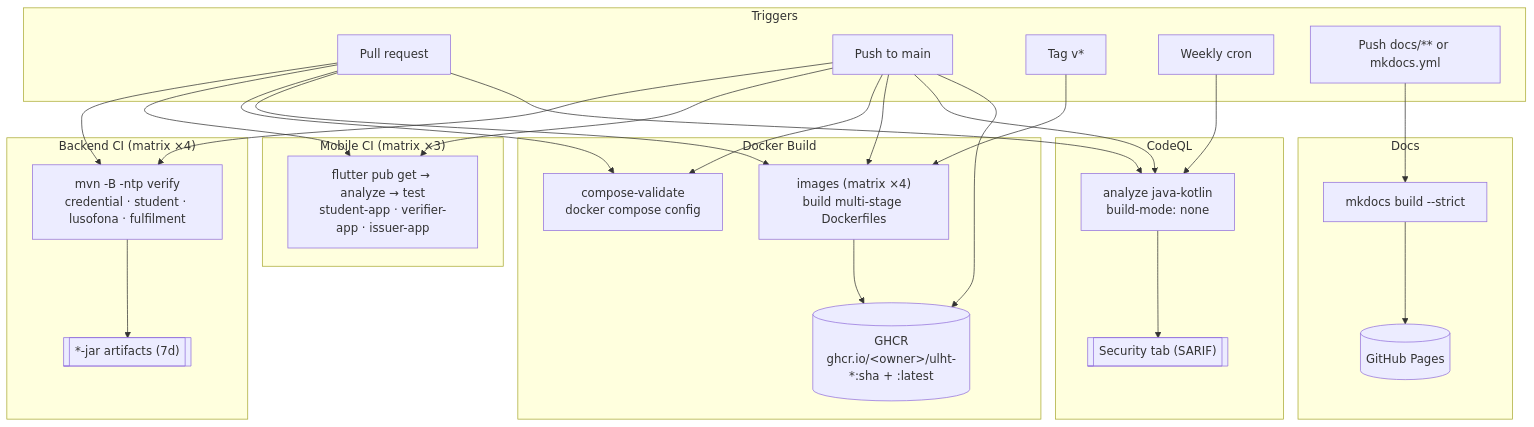
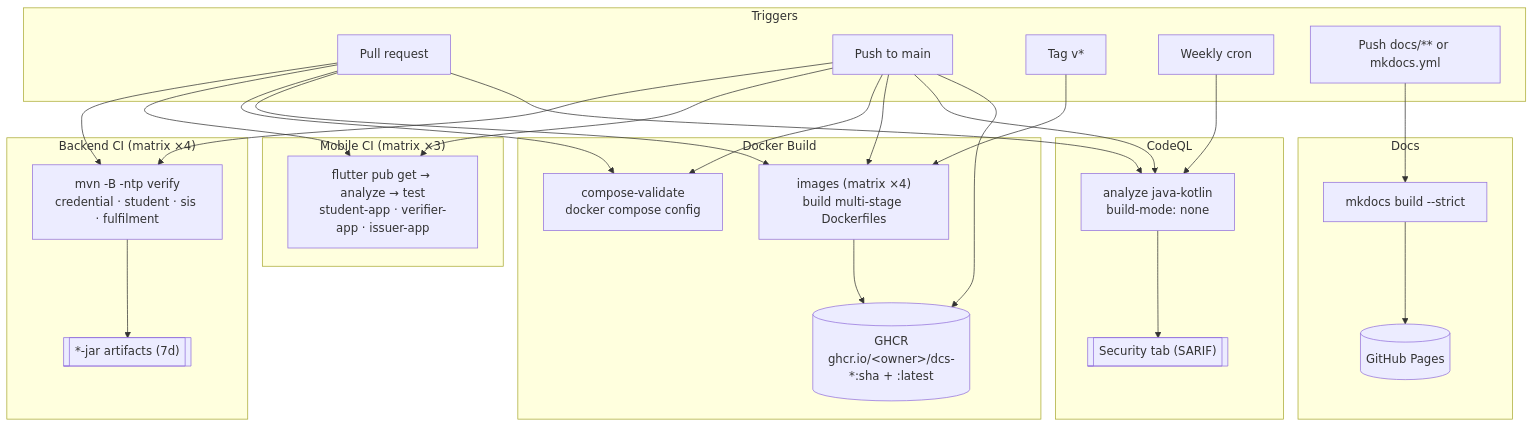
The diagram in docs/CICD.md (marcelogdomingues/ulht-dcs-public), drawn with Mermaid before and after one commit. The commit also changed other lines of this file and 600 other files, not shown here.

````diff
--- a/docs/CICD.md
+++ b/docs/CICD.md
@@ -29,39 +29,39 @@
 ```mermaid
 flowchart TB
     subgraph triggers["Triggers"]
         pr["Pull request"]
         push["Push to main"]
         tag["Tag v*"]
         cron["Weekly cron"]
         docspush["Push docs/** or mkdocs.yml"]
     end
 
     pr --> be & mob & dvalidate & dbuild & cq
     push --> be & mob & dvalidate & dbuild & cq & ghcr
     tag --> dbuild --> ghcr
     cron --> cq
     docspush --> docs
 
     subgraph backend["Backend CI (matrix ×4)"]
-        be["mvn -B -ntp verify<br/>credential · student · lusofona · fulfilment"]
+        be["mvn -B -ntp verify<br/>credential · student · sis · fulfilment"]
         be --> jars[["*-jar artifacts (7d)"]]
     end
 
     subgraph mobile["Mobile CI (matrix ×3)"]
         mob["flutter pub get → analyze → test<br/>student-app · verifier-app · issuer-app"]
     end
 
     subgraph docker["Docker Build"]
         dvalidate["compose-validate<br/>docker compose config"]
         dbuild["images (matrix ×4)<br/>build multi-stage Dockerfiles"]
-        ghcr[("GHCR<br/>ghcr.io/&lt;owner&gt;/ulht-*:sha + :latest")]
+        ghcr[("GHCR<br/>ghcr.io/&lt;owner&gt;/dcs-*:sha + :latest")]
     end
 
     subgraph security["CodeQL"]
         cq["analyze java-kotlin<br/>build-mode: none"] --> sarif[["Security tab (SARIF)"]]
     end
 
     subgraph documentation["Docs"]
         docs["mkdocs build --strict"] --> pages[("GitHub Pages")]
     end
 ```
````
